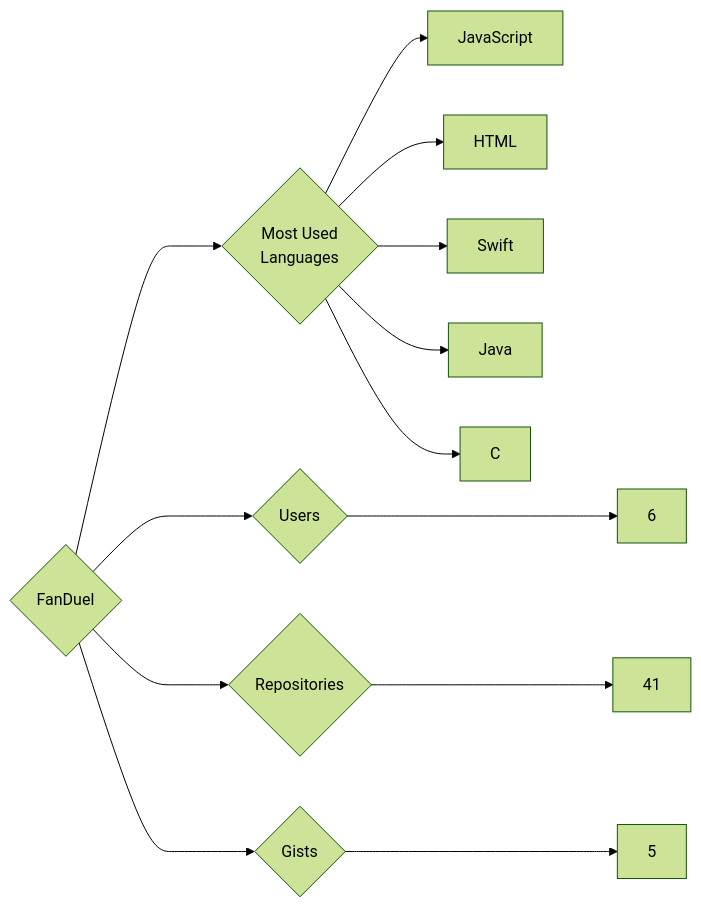
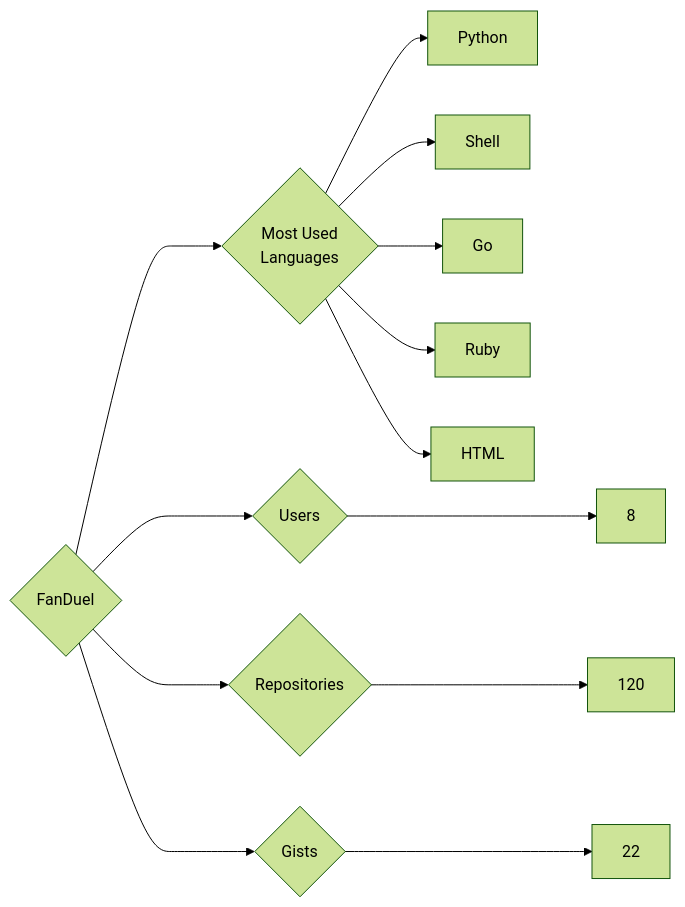
Before and after one commit to trickest/insiders: the diagram in targets/FanDuel/README.md, drawn with Mermaid (forest theme). The commit also changed 1175 other files, not shown here.

````diff
--- a/targets/FanDuel/README.md
+++ b/targets/FanDuel/README.md
@@ -3,13 +3,13 @@
 ```mermaid
 graph LR
 COMPANY_NAME{FanDuel}
-COMPANY_NAME ---> U{Users} ---> UN[6]
-COMPANY_NAME ---> R{Repositories} ---> RN[41]
-COMPANY_NAME ---> G{Gists} ---> GN[5]
+COMPANY_NAME ---> U{Users} ---> UN[8]
+COMPANY_NAME ---> R{Repositories} ---> RN[120]
+COMPANY_NAME ---> G{Gists} ---> GN[22]
 COMPANY_NAME ---> ML{Most Used<br>Languages}
-ML --> JavaScript[JavaScript]
+ML --> Python[Python]
+ML --> Shell[Shell]
+ML --> Go[Go]
+ML --> Ruby[Ruby]
 ML --> HTML[HTML]
-ML --> Swift[Swift]
-ML --> Java[Java]
-ML --> C[C]
 ```
````
